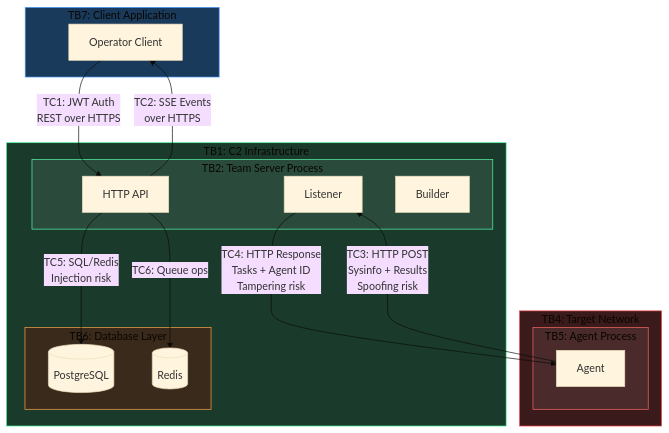
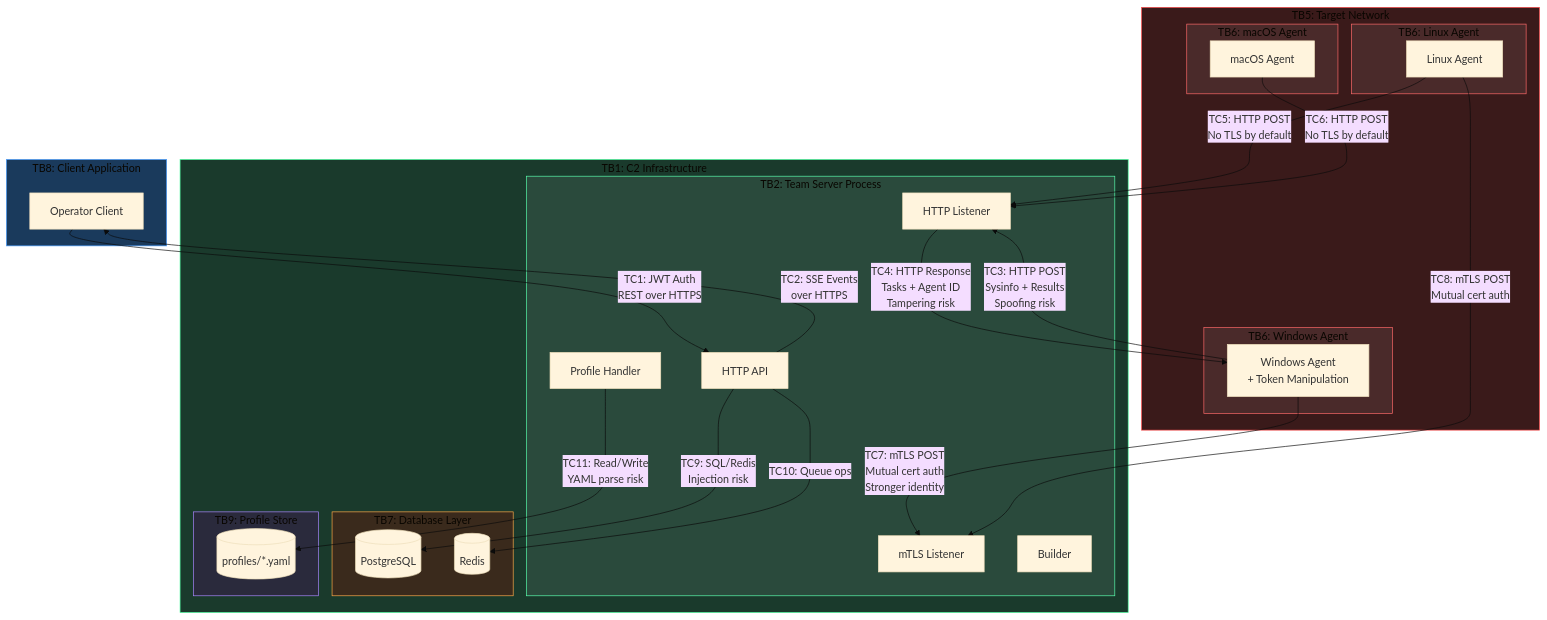
Before and after one commit to hrdebraj/Apex: diagram 19 of 20 in ARCHITECTURE.md, drawn with Mermaid (base theme). The commit also changed other lines of this file and 38 other files, not shown here.

First line of the commit message:
Add multi-platform agents, token manipulation, malleable profiles, mTLS, and UI enhancements

````diff
--- a/ARCHITECTURE.md
+++ b/ARCHITECTURE.md
@@ -637,38 +1065,57 @@
 ```mermaid
 flowchart TB
-    subgraph TB7["TB7: Client Application"]
+    subgraph TB8["TB8: Client Application"]
         CLIENT["Operator Client"]
     end
 
     subgraph TB1["TB1: C2 Infrastructure"]
         subgraph TB2["TB2: Team Server Process"]
             API["HTTP API"]
-            LISTENER["Listener"]
+            HTTP_LIS["HTTP Listener"]
+            MTLS_LIS["mTLS Listener"]
             BUILDER["Builder"]
+            PROF_H["Profile Handler"]
         end
-        subgraph TB6["TB6: Database Layer"]
+        subgraph TB7["TB7: Database Layer"]
             PG[("PostgreSQL")]
             RD[("Redis")]
         end
+        subgraph TB9["TB9: Profile Store"]
+            PROFILES[("profiles/*.yaml")]
+        end
     end
 
-    subgraph TB4["TB4: Target Network"]
-        subgraph TB5["TB5: Agent Process"]
-            AGENT["Agent"]
+    subgraph TB5["TB5: Target Network"]
+        subgraph TB6_WIN["TB6: Windows Agent"]
+            WIN_AGT["Windows Agent\n+ Token Manipulation"]
+        end
+        subgraph TB6_LIN["TB6: Linux Agent"]
+            LIN_AGT["Linux Agent"]
+        end
+        subgraph TB6_MAC["TB6: macOS Agent"]
+            MAC_AGT["macOS Agent"]
         end
     end
 
     CLIENT -->|"TC1: JWT Auth\nREST over HTTPS"| API
     API -->|"TC2: SSE Events\nover HTTPS"| CLIENT
-    AGENT -->|"TC3: HTTP POST\nSysinfo + Results\nSpoofing risk"| LISTENER
-    LISTENER -->|"TC4: HTTP Response\nTasks + Agent ID\nTampering risk"| AGENT
-    API -->|"TC5: SQL/Redis\nInjection risk"| PG
-    API -->|"TC6: Queue ops"| RD
+    WIN_AGT -->|"TC3: HTTP POST\nSysinfo + Results\nSpoofing risk"| HTTP_LIS
+    HTTP_LIS -->|"TC4: HTTP Response\nTasks + Agent ID\nTampering risk"| WIN_AGT
+    LIN_AGT -->|"TC5: HTTP POST\nNo TLS by default"| HTTP_LIS
+    MAC_AGT -->|"TC6: HTTP POST\nNo TLS by default"| HTTP_LIS
+    WIN_AGT -->|"TC7: mTLS POST\nMutual cert auth\nStronger identity"| MTLS_LIS
+    LIN_AGT -->|"TC8: mTLS POST\nMutual cert auth"| MTLS_LIS
+    API -->|"TC9: SQL/Redis\nInjection risk"| PG
+    API -->|"TC10: Queue ops"| RD
+    PROF_H -->|"TC11: Read/Write\nYAML parse risk"| PROFILES
 
-    style TB7 fill:#1a3a5c,stroke:#4a9eff
+    style TB8 fill:#1a3a5c,stroke:#4a9eff
     style TB1 fill:#1a3a2c,stroke:#4aff9e
     style TB2 fill:#2a4a3c,stroke:#5affae
-    style TB6 fill:#3a2a1c,stroke:#ffaa4a
-    style TB4 fill:#3a1a1a,stroke:#ff4a4a
-    style TB5 fill:#4a2a2a,stroke:#ff6a6a
+    style TB7 fill:#3a2a1c,stroke:#ffaa4a
+    style TB9 fill:#2a2a3c,stroke:#aa88ff
+    style TB5 fill:#3a1a1a,stroke:#ff4a4a
+    style TB6_WIN fill:#4a2a2a,stroke:#ff6a6a
+    style TB6_LIN fill:#4a2a2a,stroke:#ff6a6a
+    style TB6_MAC fill:#4a2a2a,stroke:#ff6a6a
 ```
````
